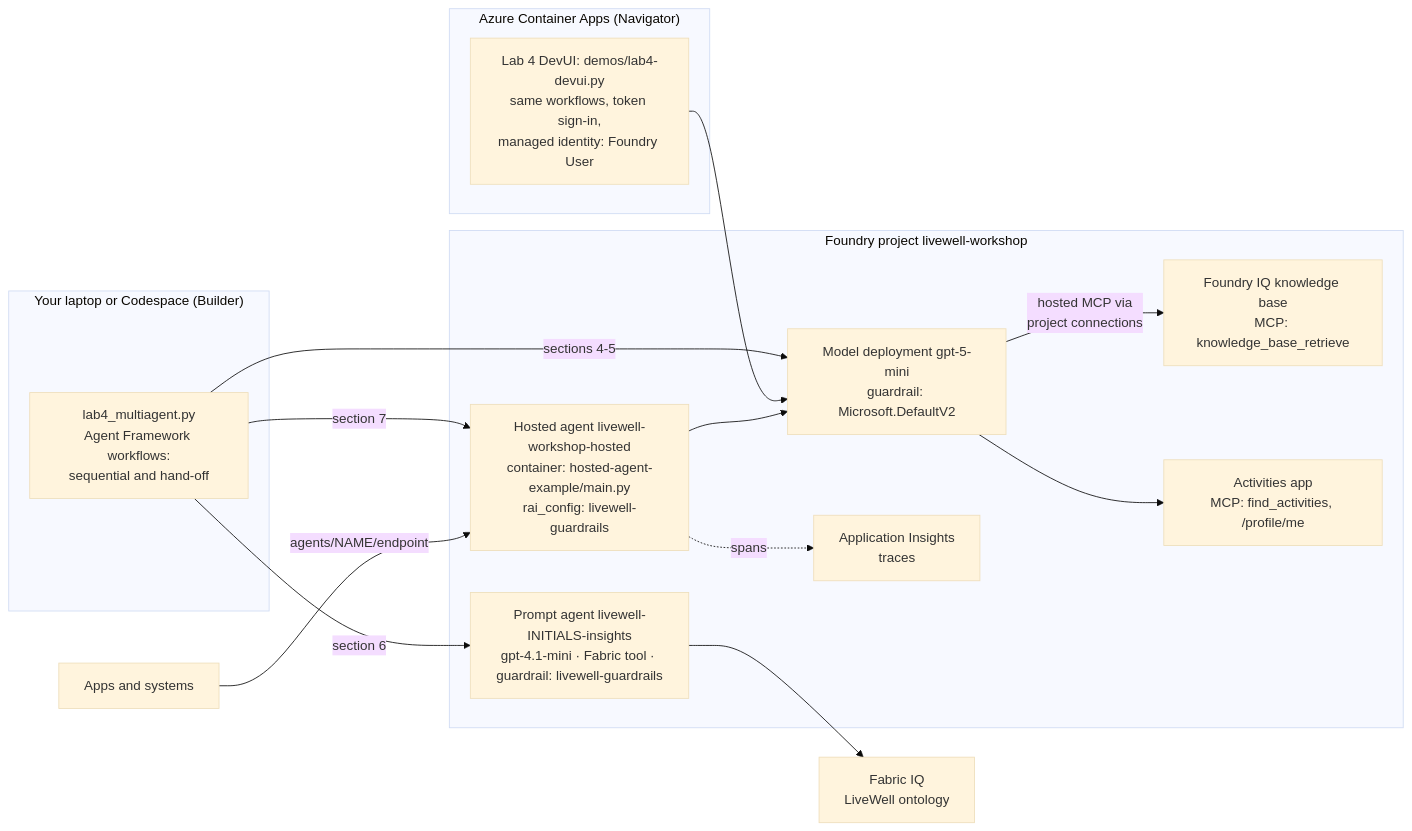
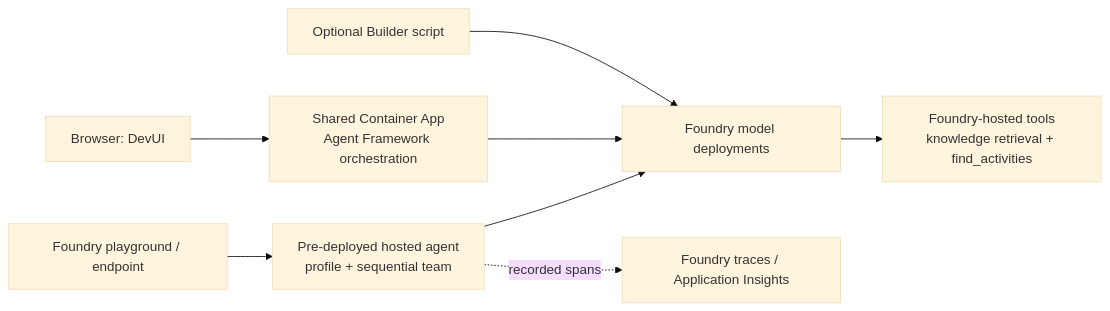
The diagram in content/labs/lab-04.md (tonirex/hpb-foundry-workshop), drawn with Mermaid (base theme) before and after one commit. The commit also changed other lines of this file and 38 other files, not shown here.

````diff
--- a/content/labs/lab-04.md
+++ b/content/labs/lab-04.md
@@ -93,29 +164,10 @@
 ```mermaid
 flowchart LR
-  subgraph laptop["Your laptop or Codespace (Builder)"]
-    script["lab4_multiagent.py<br/>Agent Framework workflows:<br/>sequential and hand-off"]
-  end
-  subgraph aca["Azure Container Apps (Navigator)"]
-    devui["Lab 4 DevUI: demos/lab4-devui.py<br/>same workflows, token sign-in,<br/>managed identity: Foundry User"]
-  end
-  subgraph project["Foundry project livewell-workshop"]
-    dep["Model deployment gpt-5-mini<br/>guardrail: Microsoft.DefaultV2"]
-    kb["Foundry IQ knowledge base<br/>MCP: knowledge_base_retrieve"]
-    acts["Activities app<br/>MCP: find_activities, /profile/me"]
-    insights["Prompt agent livewell-INITIALS-insights<br/>gpt-4.1-mini · Fabric tool · guardrail: livewell-guardrails"]
-    hosted["Hosted agent livewell-workshop-hosted<br/>container: hosted-agent-example/main.py<br/>rai_config: livewell-guardrails"]
-    appi["Application Insights<br/>traces"]
-  end
-  fabric["Fabric IQ<br/>LiveWell ontology"]
-  apps["Apps and systems"]
-  script -- "sections 4-5" --> dep
-  devui --> dep
-  dep -- "hosted MCP via<br/>project connections" --> kb
-  dep --> acts
-  script -- "section 6" --> insights
-  insights --> fabric
-  script -- "section 7" --> hosted
-  apps -- "agents/NAME/endpoint" --> hosted
-  hosted --> dep
-  hosted -. "spans" .-> appi
+  browser["Browser: DevUI"] --> app["Shared Container App<br/>Agent Framework orchestration"]
+  script["Optional Builder script"] --> models["Foundry model deployments"]
+  app --> models
+  models --> tools["Foundry-hosted tools<br/>knowledge retrieval + find_activities"]
+  portal["Foundry playground / endpoint"] --> hosted["Pre-deployed hosted agent<br/>profile + sequential team"]
+  hosted --> models
+  hosted -. "recorded spans" .-> traces["Foundry traces / Application Insights"]
 ```
````
